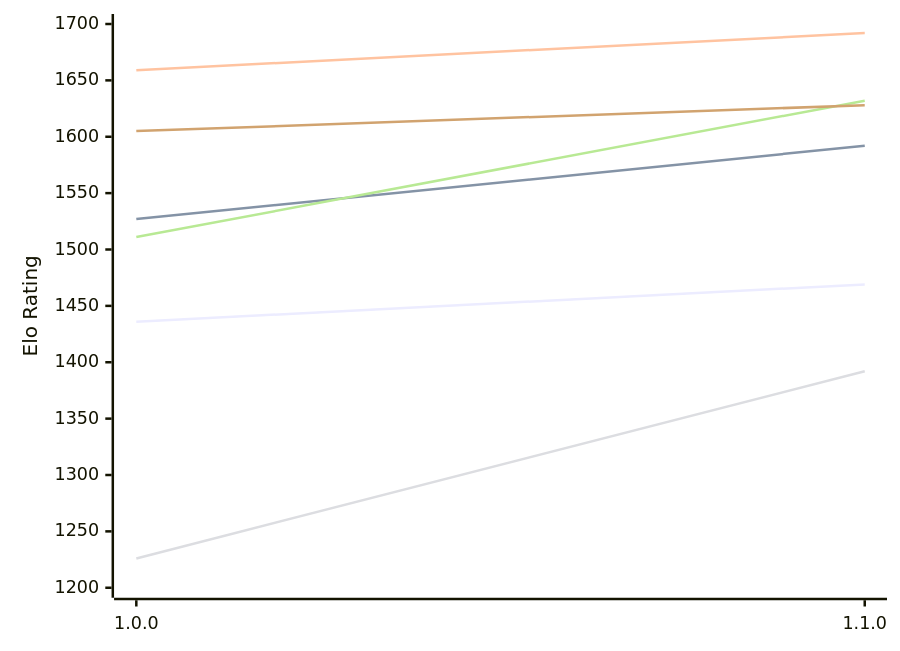
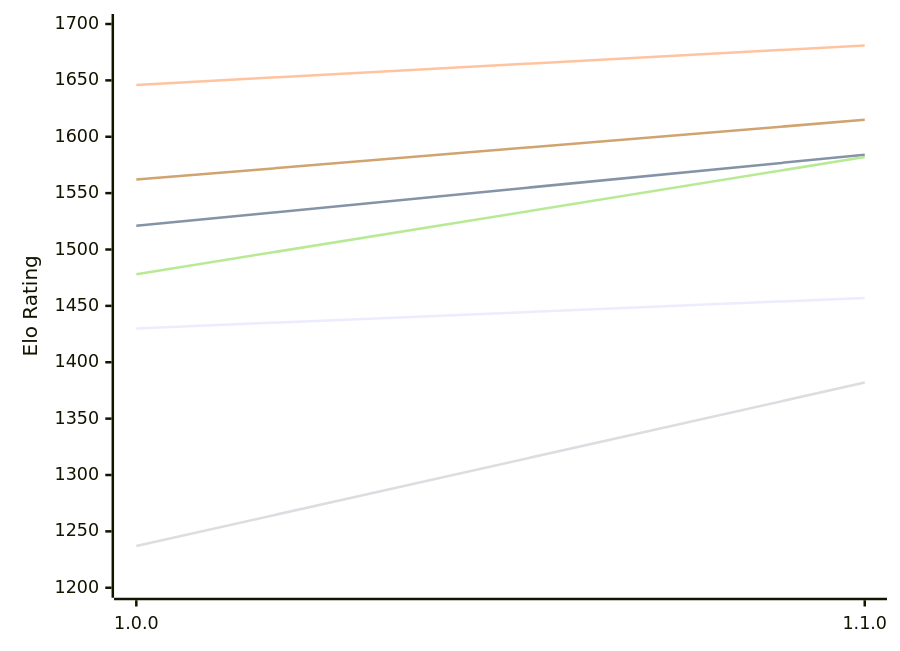
The diagram in engines/Klak.md (computer-chess-index/cci), drawn with Mermaid before and after one commit. The commit also changed other lines of this file, not shown here.

Commit message:
Update CCI Ratings (ELO VLTC) - 2026-11-13

````diff
--- a/engines/Klak.md
+++ b/engines/Klak.md
@@ -49,12 +49,12 @@
 ```mermaid
 %%{init: {"theme":"base","themeVariables":{"seriesColors:['#a3a3a3','#222221','#faa371']}}}%%
 xychart-beta
   x-axis ["1.0.0", "1.1.0"]
   y-axis "Elo Rating" 1200 --> 1700
-  line "E1: STC (8.0+0.08s)" [1436, 1469]
-  line "E1: LTC (60.0+0.60s)" [1527, 1592]
-  line "E1: VLTC (2m24s+1.12s)" [1659, 1692]
-  line "P1: STC (8.0+0.08s)" [1226, 1392]
-  line "P1: LTC (60.0+0.60s)" [1511, 1632]
-  line "P1: VLTC (2m24s+1.12s)" [1605, 1628]
+  line "E1: STC (8.0+0.08s)" [1430, 1457]
+  line "E1: LTC (60.0+0.60s)" [1521, 1584]
+  line "E1: VLTC (2m24s+1.12s)" [1646, 1681]
+  line "P1: STC (8.0+0.08s)" [1237, 1382]
+  line "P1: LTC (60.0+0.60s)" [1478, 1582]
+  line "P1: VLTC (2m24s+1.12s)" [1562, 1615]
 ```
````
